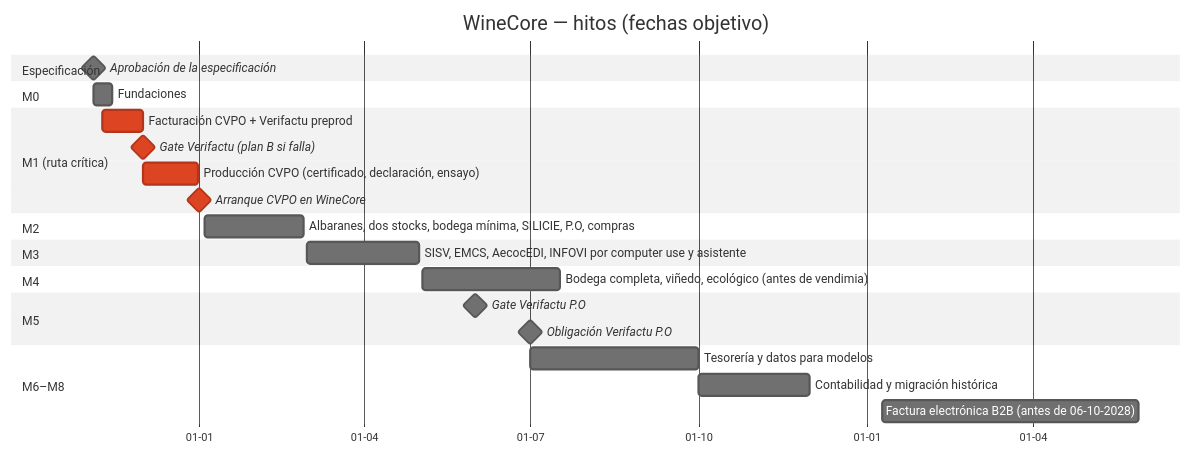
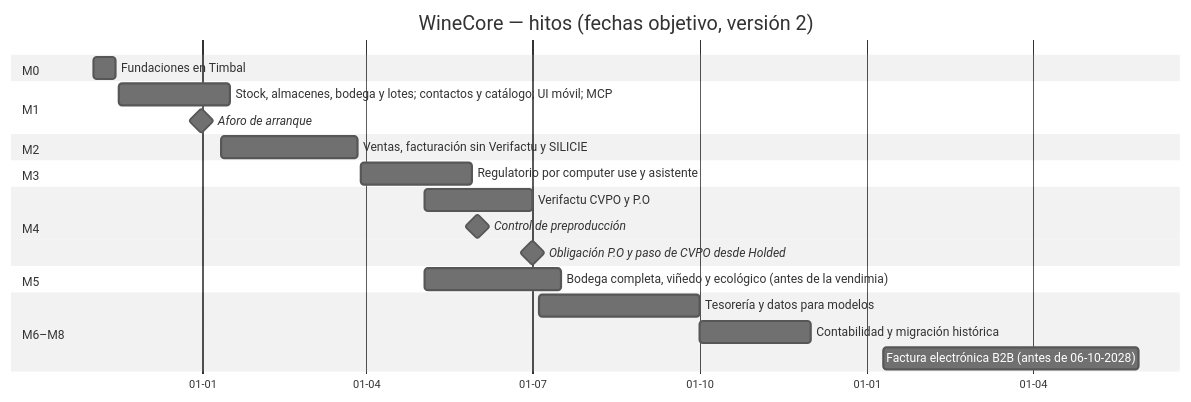
The diagram in docs/09-roadmap.md (pedrolivaresanchez/winecore), drawn with Mermaid (neutral theme) before and after one commit. The commit also changed other lines of this file and 13 other files, not shown here.

First line of the commit message:
Spec v2: todo en Timbal sin AWS y Verifactu fuera del camino crítico

````diff
--- a/docs/09-roadmap.md
+++ b/docs/09-roadmap.md
@@ -7,28 +7,25 @@
 ```mermaid
 gantt
   dateFormat  YYYY-MM-DD
   axisFormat  %d-%m
-  title WineCore — hitos (fechas objetivo)
-  section Especificación
-  Aprobación de la especificación      :milestone, s0, 2026-11-04, 0d
+  title WineCore — hitos (fechas objetivo, versión 2)
   section M0
-  Fundaciones                           :m0, 2026-11-04, 10d
-  section M1 (ruta crítica)
-  Facturación CVPO + Verifactu preprod  :crit, m1, 2026-11-09, 22d
-  Gate Verifactu (plan B si falla)      :milestone, crit, g1, 2026-12-01, 0d
-  Producción CVPO (certificado, declaración, ensayo) :crit, m1b, 2026-12-01, 30d
-  Arranque CVPO en WineCore             :milestone, crit, g2, 2027-01-01, 0d
+  Fundaciones en Timbal                     :m0, 2026-11-02, 12d
+  section M1
+  Stock, almacenes, bodega y lotes; contactos y catálogo; UI móvil; MCP :m1, 2026-11-16, 61d
+  Aforo de arranque                         :milestone, a1, 2026-12-31, 0d
   section M2
-  Albaranes, dos stocks, bodega mínima, SILICIE, P.O, compras :m2, 2027-01-04, 54d
+  Ventas, facturación sin Verifactu y SILICIE :m2, 2027-01-11, 75d
   section M3
-  SISV, EMCS, AecocEDI, INFOVI por computer use y asistente :m3, 2027-03-01, 61d
+  Regulatorio por computer use y asistente  :m3, 2027-03-29, 61d
   section M4
-  Bodega completa, viñedo, ecológico (antes de vendimia) :m4, 2027-05-03, 75d
+  Verifactu CVPO y P.O                      :m4, 2027-05-03, 59d
+  Control de preproducción                  :milestone, g4, 2027-06-01, 0d
+  Obligación P.O y paso de CVPO desde Holded :milestone, g5, 2027-07-01, 0d
   section M5
-  Gate Verifactu P.O                    :milestone, g5, 2027-06-01, 0d
-  Obligación Verifactu P.O              :milestone, g6, 2027-07-01, 0d
+  Bodega completa, viñedo y ecológico (antes de la vendimia) :m5, 2027-05-03, 75d
   section M6–M8
-  Tesorería y datos para modelos        :m6, 2027-07-01, 92d
-  Contabilidad y migración histórica    :m7, 2027-10-01, 61d
+  Tesorería y datos para modelos            :m6, 2027-07-05, 88d
+  Contabilidad y migración histórica        :m7, 2027-10-01, 61d
   Factura electrónica B2B (antes de 06-10-2028) :m8, 2028-01-10, 140d
 ```
````
